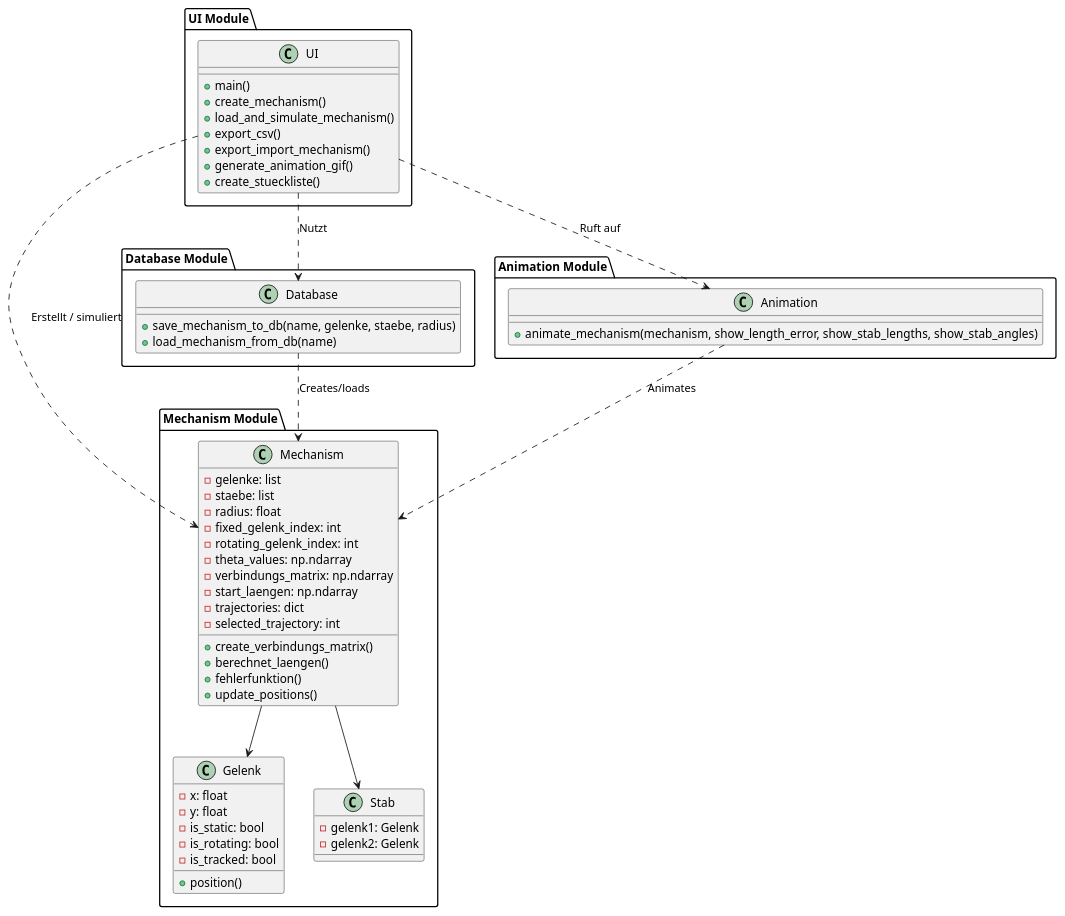
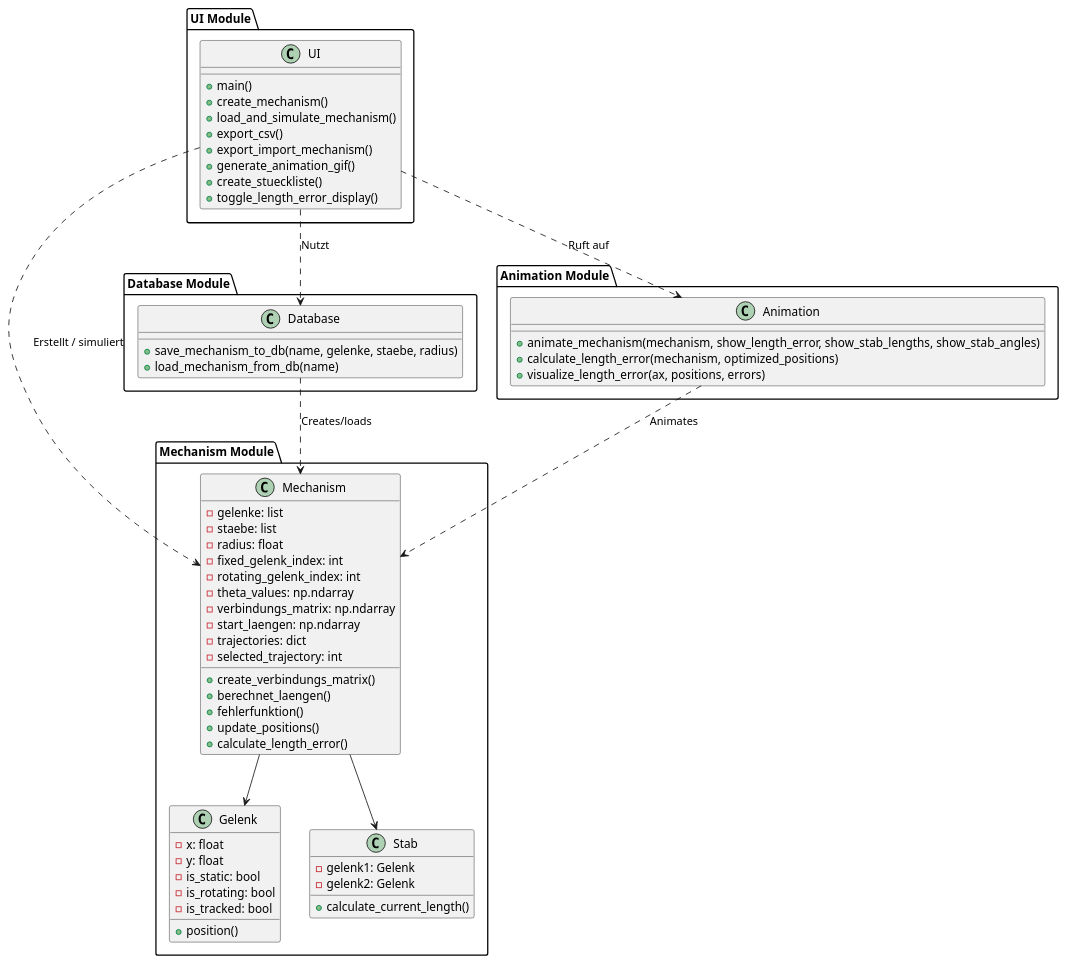
One commit to Hannes-Uhu/SWD_Abschlussprojekt changed the diagram in diagram.puml. Above: the diagram before and after it, drawn with PlantUML. The commit also changed 7 other files, not shown here.

Commit message:
Strandbeast gif. UML DIagram aktualisisert. Readme Dokumentation vervollständigt. Altes Mockup gelöscht

```diff
--- a/diagram.puml
+++ b/diagram.puml
@@ -1,77 +1,79 @@
 @startuml
 ' Package für das Mechanismus-Modul
 package "Mechanism Module" {
   class Mechanism {
     - gelenke: list
     - staebe: list
     - radius: float
     - fixed_gelenk_index: int
     - rotating_gelenk_index: int
     - theta_values: np.ndarray
     - verbindungs_matrix: np.ndarray
     - start_laengen: np.ndarray
     - trajectories: dict
     - selected_trajectory: int
     + create_verbindungs_matrix()
     + berechnet_laengen()
     + fehlerfunktion()
     + update_positions()
+    + calculate_length_error()
   }
 
   class Gelenk {
     - x: float
     - y: float
     - is_static: bool
     - is_rotating: bool
     - is_tracked: bool
     + position()
   }
 
   class Stab {
     - gelenk1: Gelenk
     - gelenk2: Gelenk
+    + calculate_current_length()
   }
 
   Mechanism --> Gelenk
   Mechanism --> Stab
 }
 
 ' Package für das Datenbank-Modul
 package "Database Module" {
-  ' Obwohl database.py keine Klasse enthält, repräsentieren wir es als Utility "Database".
   class Database {
     + save_mechanism_to_db(name, gelenke, staebe, radius)
     + load_mechanism_from_db(name)
   }
 }
 
 ' Package für das Animations-Modul
 package "Animation Module" {
-  ' animation.py enthält die Funktion animate_mechanism, welche wir als Methode in einem Animation Manager darstellen.
   class Animation {
     + animate_mechanism(mechanism, show_length_error, show_stab_lengths, show_stab_angles)
+    + calculate_length_error(mechanism, optimized_positions)
+    + visualize_length_error(ax, positions, errors)
   }
 }
 
 ' Package für das UI-Modul
 package "UI Module" {
-  ' ui.py enthält den Code für die Streamlit-basierte Benutzeroberfläche.
   class UI {
     + main()
     + create_mechanism()
     + load_and_simulate_mechanism()
     + export_csv()
     + export_import_mechanism()
     + generate_animation_gif()
     + create_stueckliste()
+    + toggle_length_error_display()
   }
 }
 
 ' Beziehungen zwischen den Modulen
 Database ..> Mechanism : Creates/loads
 Animation ..> Mechanism : Animates
 UI ..> Database : Nutzt
 UI ..> Animation : Ruft auf
 UI ..> Mechanism : Erstellt / simuliert
 
 @enduml
```
